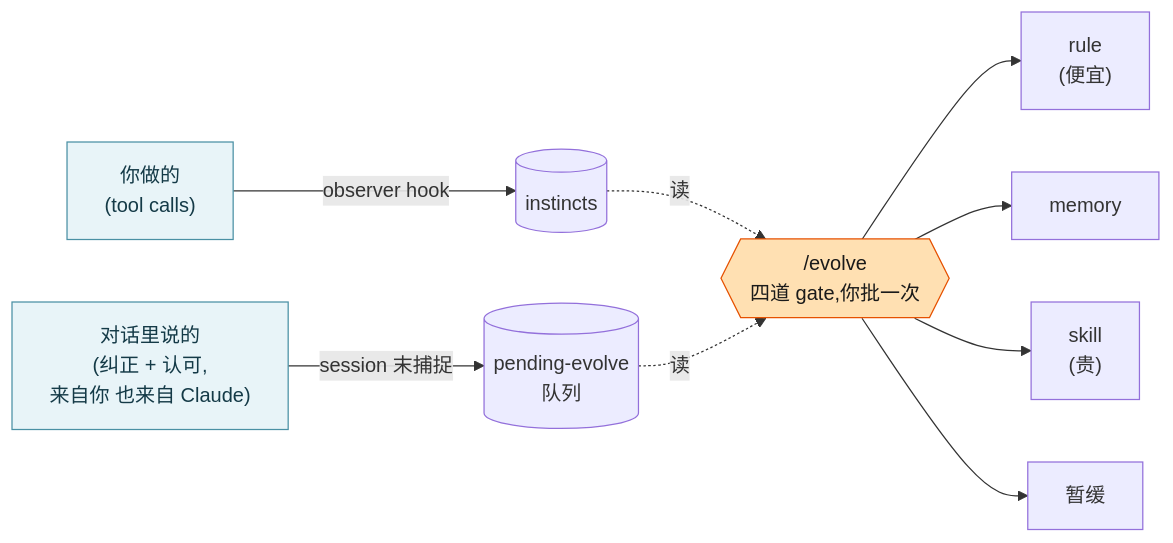
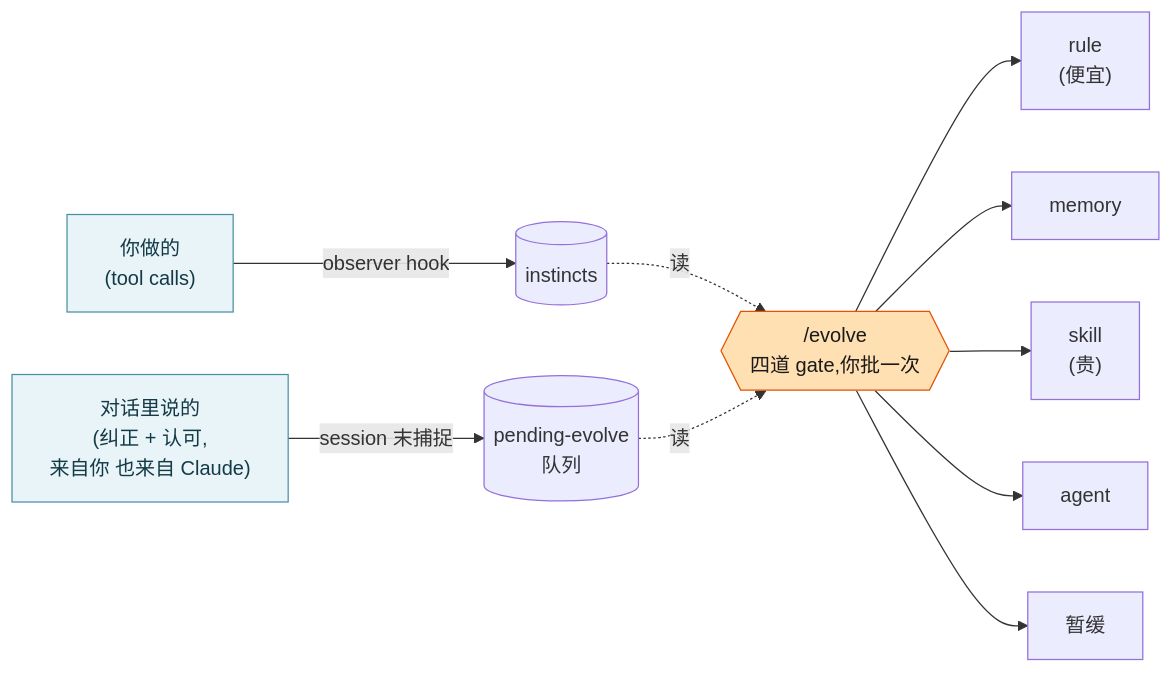
One commit to annexiao/claude-code-self-evolution changed the diagram in README.zh-CN.md. Above: the diagram before and after it, drawn with Mermaid. The commit also changed other lines of this file and 6 other files, not shown here.

````diff
--- a/README.zh-CN.md
+++ b/README.zh-CN.md
@@ -36,15 +36,16 @@
 ```mermaid
 flowchart LR
     A["你做的<br/>(tool calls)"] -->|observer hook| Q1[("instincts")]
     B["对话里说的<br/>(纠正 + 认可,<br/>来自你 也来自 Claude)"] -->|session 末捕捉| Q2[("pending-evolve<br/>队列")]
     Q1 -.读.-> E
     Q2 -.读.-> E
     E{{"/evolve<br/>四道 gate,你批一次"}}
     E --> R["rule<br/>(便宜)"]
     E --> M["memory"]
     E --> S["skill<br/>(贵)"]
+    E --> AG["agent"]
     E --> X["暂缓"]
     style E fill:#ffe0b2,stroke:#e65100,color:#1a1a1a
     style B fill:#e8f4f8,stroke:#4a90a4,color:#143a47
     style A fill:#e8f4f8,stroke:#4a90a4,color:#143a47
 ```
````
